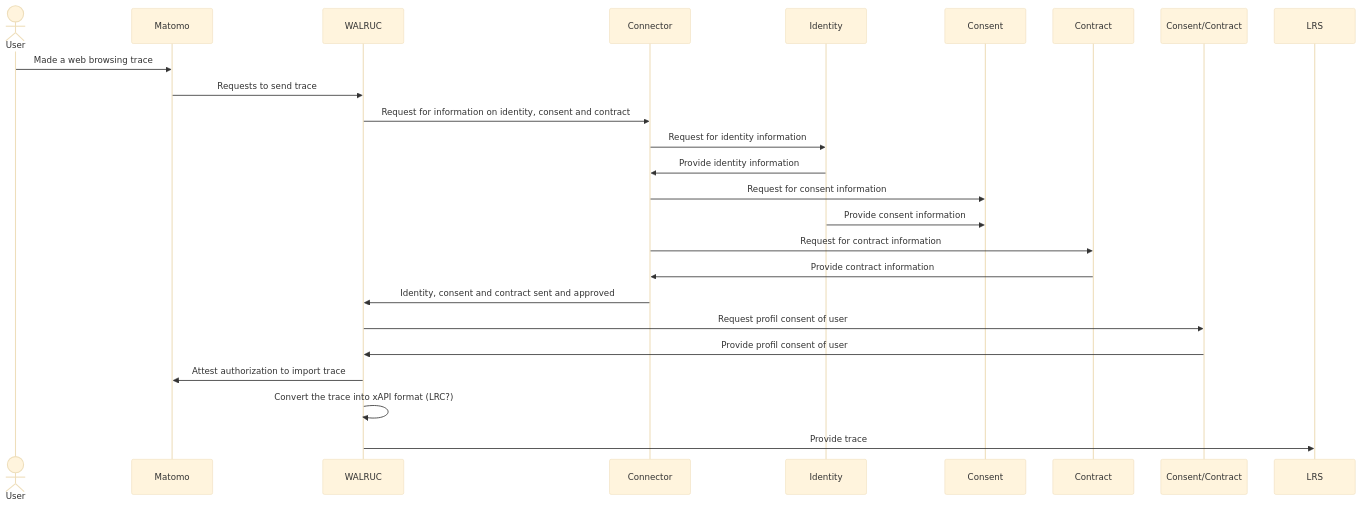
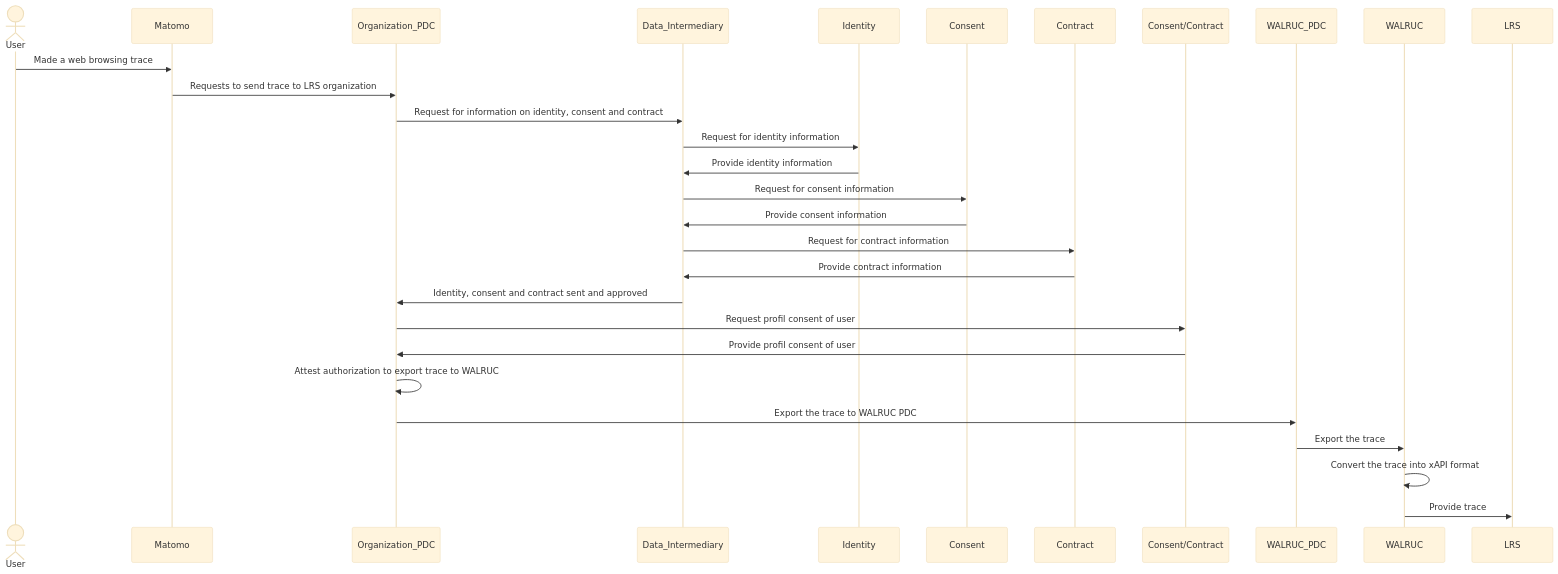
Before and after one commit to Prometheus-X-association/walruc: the fourth of 4 diagrams in readme.md, drawn with Mermaid (base theme). The commit also changed other lines of this file, not shown here.

````diff
--- a/readme.md
+++ b/readme.md
@@ -389,19 +358,21 @@
 ```mermaid
 sequenceDiagram
    actor User as User
    User->>Matomo: Made a web browsing trace
-   Matomo->>WALRUC:  Requests to send trace
-   WALRUC->>Connector: Request for information on identity, consent and contract
-   Connector->>Identity: Request for identity information
-   Identity->>Connector: Provide identity information
-   Connector->>Consent: Request for consent information
-   Identity->>Consent: Provide consent information
-   Connector->>Contract: Request for contract information
-   Contract->>Connector: Provide contract information
-   Connector->>WALRUC: Identity, consent and contract sent and approved
-   WALRUC->>Consent/Contract: Request profil consent of user
-   Consent/Contract->>WALRUC: Provide profil consent of user
-   WALRUC->>Matomo: Attest authorization to import trace
-   WALRUC->>WALRUC: Convert the trace into xAPI format (LRC?)
+   Matomo->>Organization_PDC: Requests to send trace to LRS organization
+   Organization_PDC->>Data_Intermediary: Request for information on identity, consent and contract
+   Data_Intermediary->>Identity: Request for identity information
+   Identity->>Data_Intermediary: Provide identity information
+   Data_Intermediary->>Consent: Request for consent information
+   Consent->>Data_Intermediary: Provide consent information
+   Data_Intermediary->>Contract: Request for contract information
+   Contract->>Data_Intermediary: Provide contract information
+   Data_Intermediary->>Organization_PDC: Identity, consent and contract sent and approved
+   Organization_PDC->>Consent/Contract: Request profil consent of user
+   Consent/Contract->>Organization_PDC: Provide profil consent of user
+   Organization_PDC->>Organization_PDC: Attest authorization to export trace to WALRUC
+   Organization_PDC->>WALRUC_PDC: Export the trace to WALRUC PDC
+   WALRUC_PDC->>WALRUC: Export the trace
+   WALRUC->>WALRUC: Convert the trace into xAPI format
    WALRUC->>LRS: Provide trace
 ```
````
